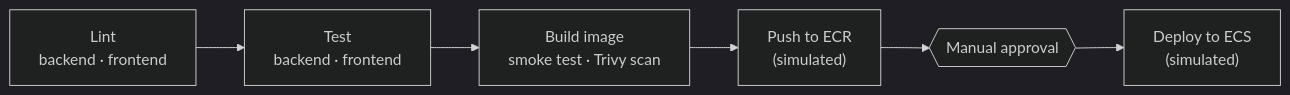
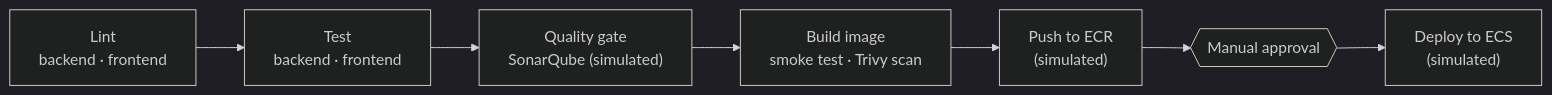
Before and after one commit to Chengweiwang930112/skill-planning-tool: the second of 2 diagrams in README.md, drawn with Mermaid (dark theme). The commit also changed other lines of this file and 48 other files, not shown here.

Commit message:
ci: split backend tests and run the backend's test layers as separate jobs and gate on unit and component coverage

````diff
--- a/README.md
+++ b/README.md
@@ -291,8 +320,9 @@
 ```mermaid
 flowchart LR
     lint["Lint<br/>backend · frontend"] --> test["Test<br/>backend · frontend"]
-    test --> build["Build image<br/>smoke test · Trivy scan"]
+    test --> gate["Quality gate<br/>SonarQube (simulated)"]
+    gate --> build["Build image<br/>smoke test · Trivy scan"]
     build --> push["Push to ECR<br/>(simulated)"]
     push --> approve{{"Manual approval"}}
     approve --> deploy["Deploy to ECS<br/>(simulated)"]
 ```
````
